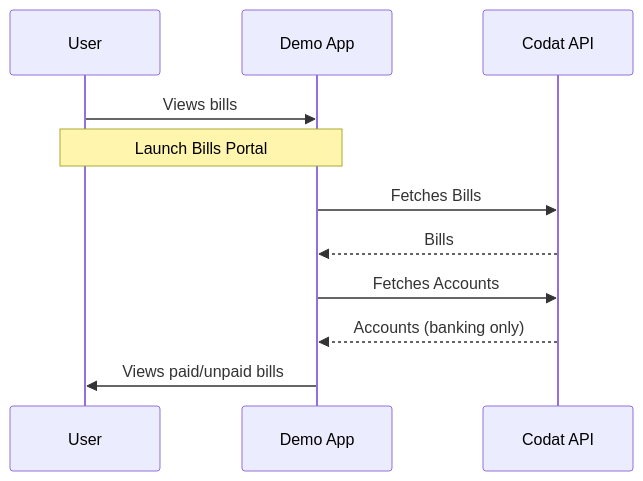
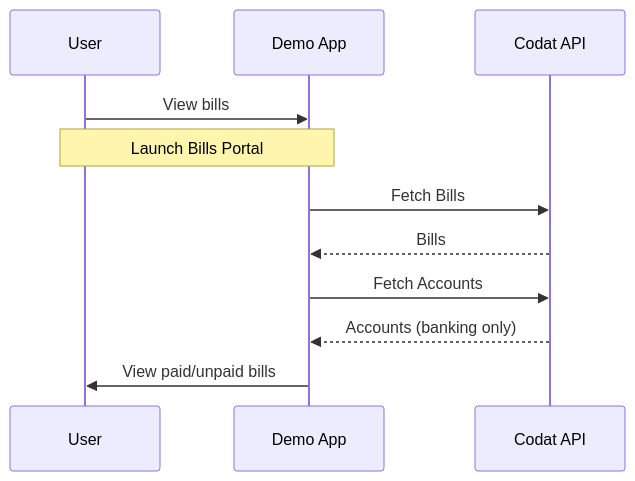
One commit to codatio/codat-docs changed the first of 2 diagrams in docs/accounting-api/guides/bill-pay/how-the-demo-app-works.md. Above: the diagram before and after it, drawn with Mermaid. The commit also changed other lines of this file and 3 other files, not shown here.

````diff
--- a/docs/accounting-api/guides/bill-pay/how-the-demo-app-works.md
+++ b/docs/accounting-api/guides/bill-pay/how-the-demo-app-works.md
@@ -26,15 +32,15 @@
 ```mermaid
 sequenceDiagram
     participant user as User
     participant backend as Demo App 
     participant codat as Codat API
     
-    user ->> backend: Views bills
+    user ->> backend: View bills
     Note over user,backend: Launch Bills Portal
-    backend ->> codat: Fetches Bills
+    backend ->> codat: Fetch Bills
     codat -->> backend: Bills
-    backend ->> codat: Fetches Accounts
+    backend ->> codat: Fetch Accounts
     codat -->> backend: Accounts (banking only)
-    backend ->> user: Views paid/unpaid bills
+    backend ->> user: View paid/unpaid bills
     
 ```
````
